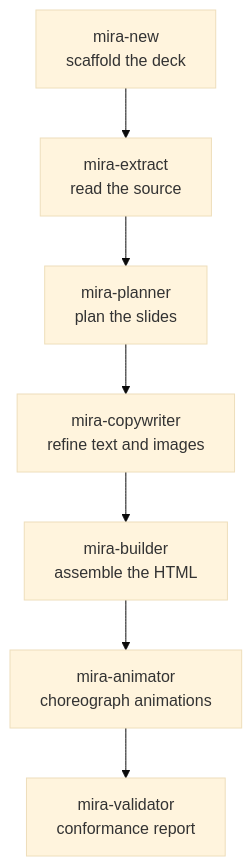
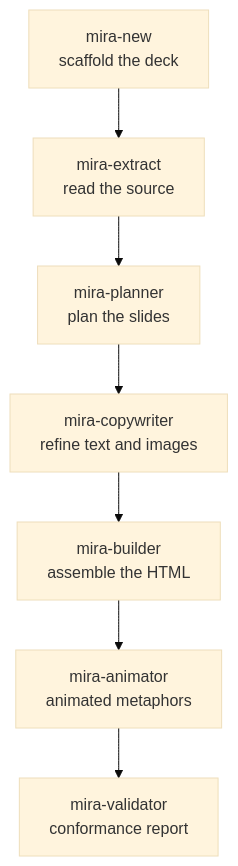
The diagram in docs/pipeline.md (sandeco/mira-animator), drawn with Mermaid (base theme) before and after one commit. The commit also changed other lines of this file and 75 other files, not shown here.

````diff
--- a/docs/pipeline.md
+++ b/docs/pipeline.md
@@ -5,9 +5,9 @@
 ```mermaid
 flowchart TD
     S[mira-new<br/>scaffold the deck] --> E[mira-extract<br/>read the source]
     E --> P[mira-planner<br/>plan the slides]
     P --> C[mira-copywriter<br/>refine text and images]
     C --> B[mira-builder<br/>assemble the HTML]
-    B --> A[mira-animator<br/>choreograph animations]
+    B --> A[mira-animator<br/>animated metaphors]
     A --> V[mira-validator<br/>conformance report]
 ```
````
